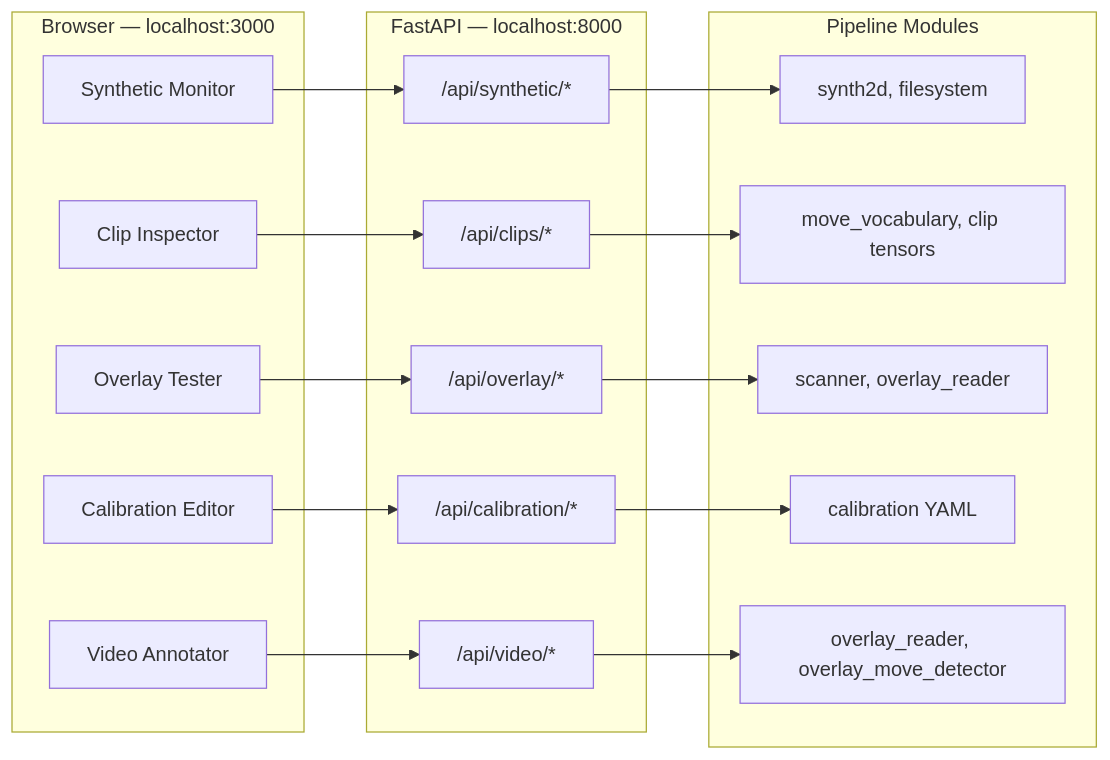
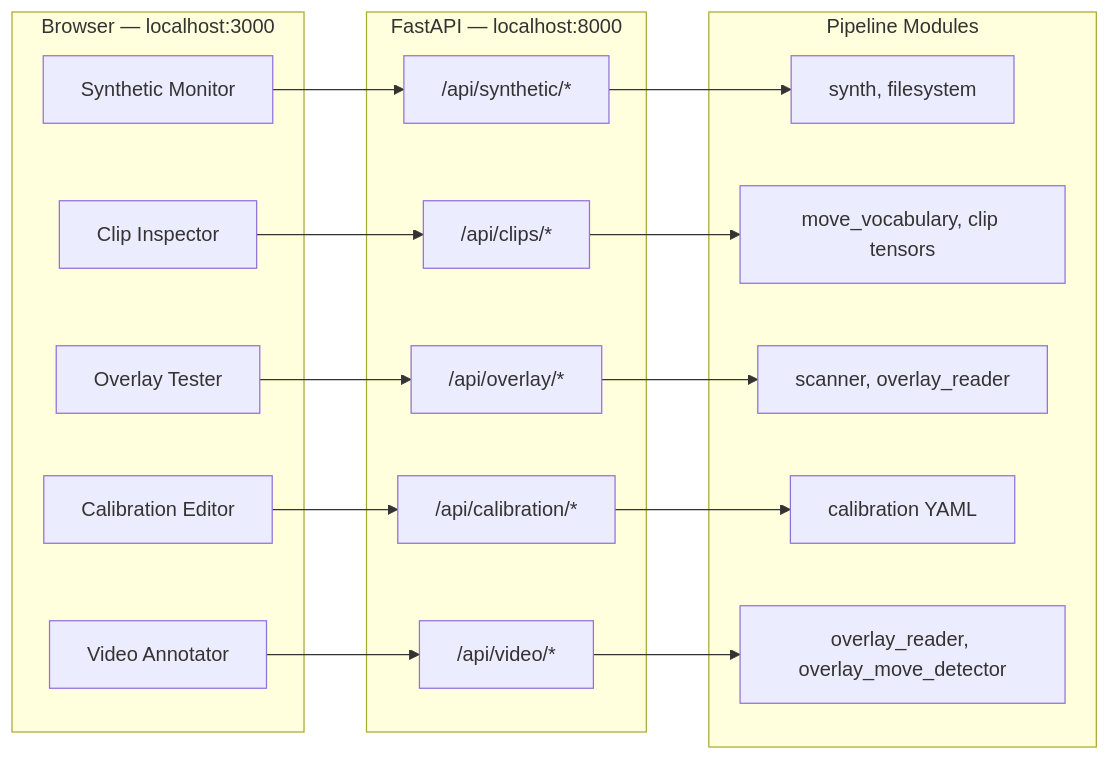
Before and after one commit to dscape/argus: the seventh of 9 diagrams in README.md, drawn with Mermaid. The commit also changed other lines of this file and 8 other files, not shown here.

````diff
--- a/README.md
+++ b/README.md
@@ -476,32 +479,32 @@
 ```mermaid
 graph LR
     subgraph "Browser — localhost:3000"
         SM[Synthetic Monitor]
         CI[Clip Inspector]
         OT[Overlay Tester]
         CE[Calibration Editor]
         VA[Video Annotator]
     end
 
     subgraph "FastAPI — localhost:8000"
         R0["/api/synthetic/*"]
         R2["/api/clips/*"]
         R1["/api/overlay/*"]
         R3["/api/calibration/*"]
         R4["/api/video/*"]
     end
 
     subgraph "Pipeline Modules"
-        S0["synth2d, filesystem"]
+        S0["synth, filesystem"]
         S2["move_vocabulary, clip tensors"]
         S1["scanner, overlay_reader"]
         S3["calibration YAML"]
         S4["overlay_reader, overlay_move_detector"]
     end
 
     SM --> R0 --> S0
     CI --> R2 --> S2
     OT --> R1 --> S1
     CE --> R3 --> S3
     VA --> R4 --> S4
 ```
````
